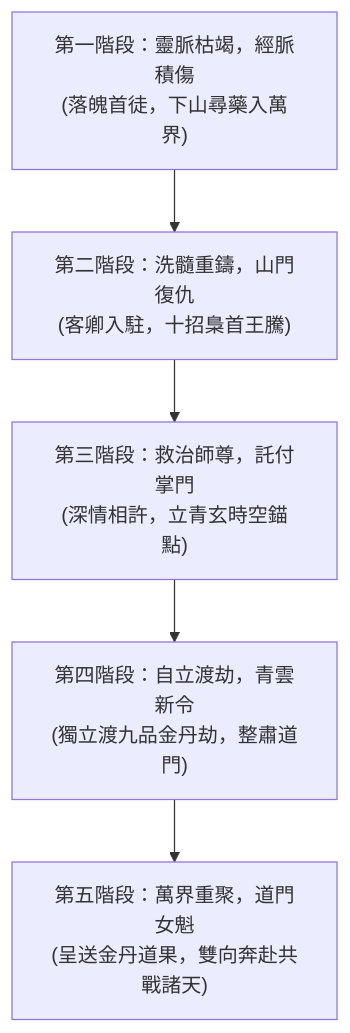
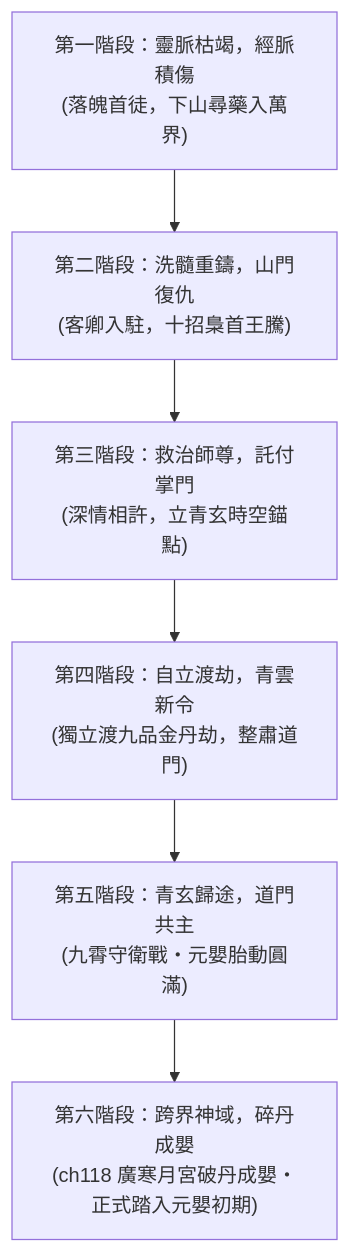
Before and after one commit to wade-fs/novel: the diagram in sex/docs/characters/liu_qingxu.md, drawn with Mermaid. The commit also changed other lines of this file and 15 other files, not shown here.

````diff
--- a/sex/docs/characters/liu_qingxu.md
+++ b/sex/docs/characters/liu_qingxu.md
@@ -61,7 +62,8 @@
 ```mermaid
 flowchart TD
     S1["第一階段：靈脈枯竭，經脈積傷<br>(落魄首徒，下山尋藥入萬界)"] --> S2["第二階段：洗髓重鑄，山門復仇<br>(客卿入駐，十招梟首王騰)"]
     S2 --> S3["第三階段：救治師尊，託付掌門<br>(深情相許，立青玄時空錨點)"]
     S3 --> S4["第四階段：自立渡劫，青雲新令<br>(獨立渡九品金丹劫，整肅道門)"]
-    S4 --> S5["第五階段：萬界重聚，道門女魁<br>(呈送金丹道果，雙向奔赴共戰諸天)"]
+    S4 --> S5["第五階段：青玄歸途，道門共主<br>(九霄守衛戰・元嬰胎動圓滿)"]
+    S5 --> S6["第六階段：跨界神域，碎丹成嬰<br>(ch118 廣寒月宮破丹成嬰・正式踏入元嬰初期)"]
 ```
````
